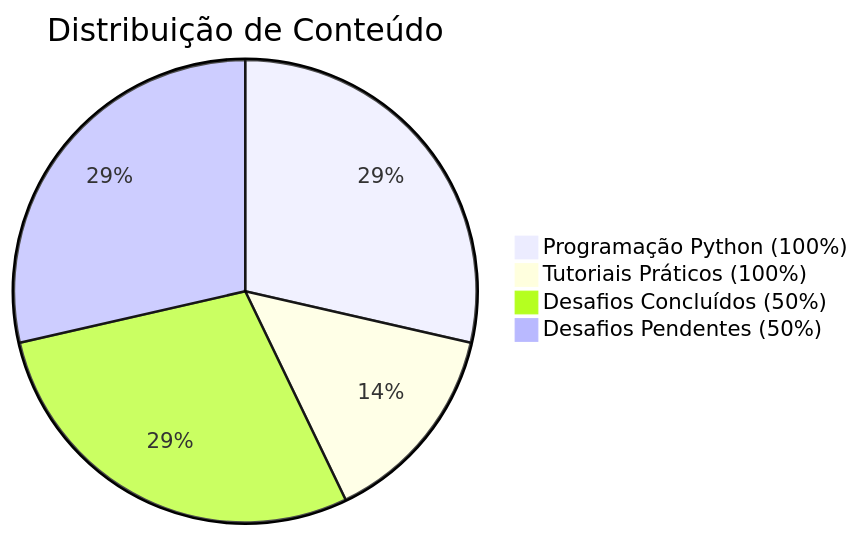
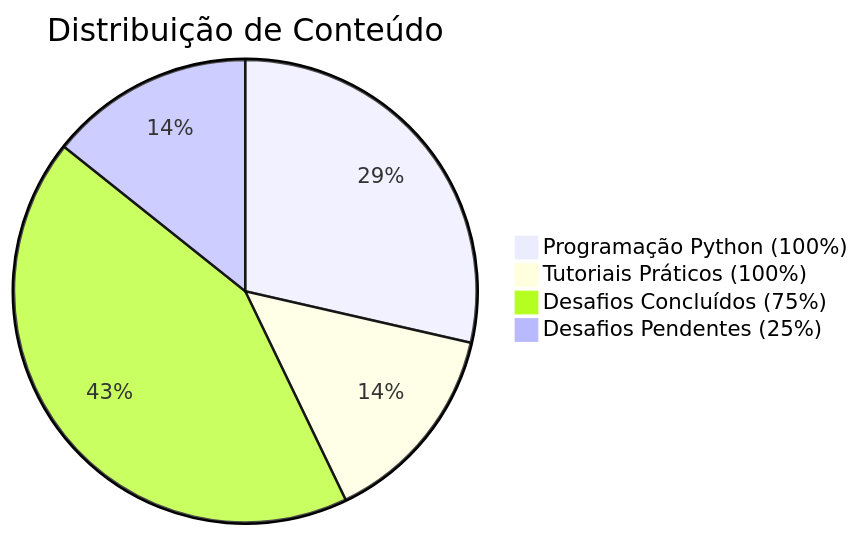
The diagram in README.md (ThiagoMaria-SecurityIT/Bootcamp_DIO_e_Santander-Ciberseguran-a_2025), drawn with Mermaid before and after one commit.

````diff
--- a/README.md
+++ b/README.md
@@ -36,7 +36,7 @@
 ```mermaid
   pie title Distribuição de Conteúdo
     "Programação Python (100%)" : 2
     "Tutoriais Práticos (100%)" : 1
-    "Desafios Concluídos (50%)" : 2
-    "Desafios Pendentes (50%)" : 2
+    "Desafios Concluídos (75%)" : 3
+    "Desafios Pendentes (25%)" : 1
 ```
````
